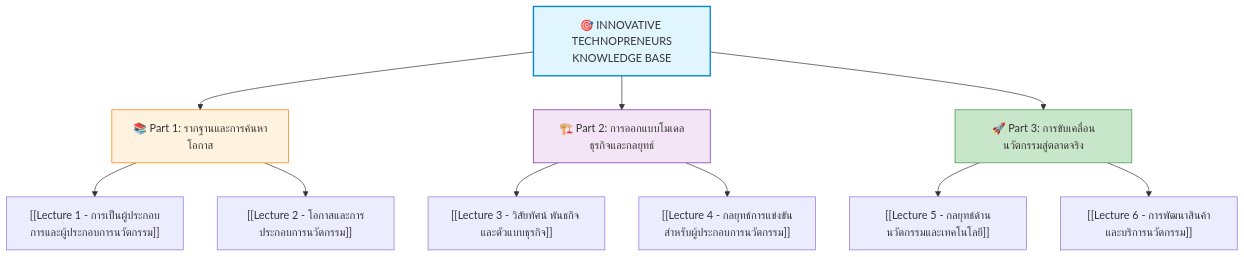
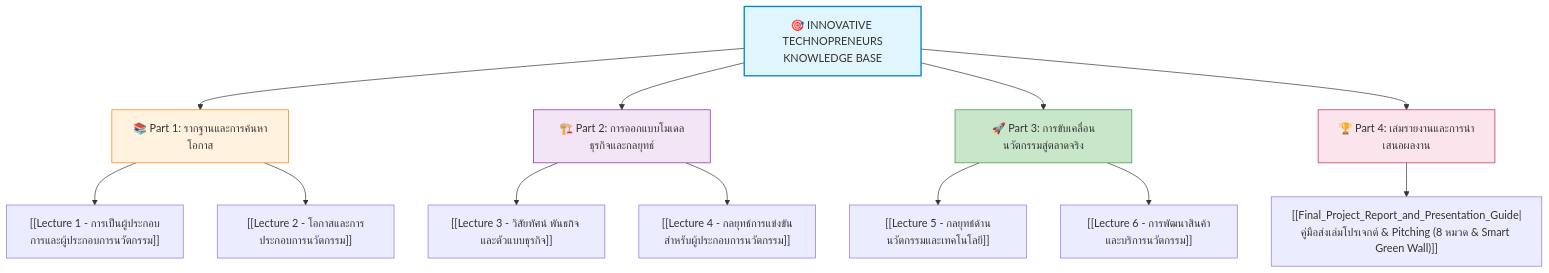
One commit to kanomoo/innovative-technopreneurs changed the diagram in Wiki/Innovative Technopreneurs Index.md. Above: the diagram before and after it, drawn with Mermaid. The commit also changed other lines of this file and 1 other file, not shown here.

Commit message:
docs: add final project report & presentation guide and update index with customer discovery case study

````diff
--- a/Wiki/Innovative Technopreneurs Index.md
+++ b/Wiki/Innovative Technopreneurs Index.md
@@ -17,26 +17,31 @@
 ```mermaid
 graph TD
     ROOT["🎯 INNOVATIVE TECHNOPRENEURS<br/>KNOWLEDGE BASE"]
     
     P1["📚 Part 1: รากฐานและการค้นหาโอกาส"]
     P2["🏗️ Part 2: การออกแบบโมเดลธุรกิจและกลยุทธ์"]
     P3["🚀 Part 3: การขับเคลื่อนนวัตกรรมสู่ตลาดจริง"]
+    P4["🏆 Part 4: เล่มรายงานและการนำเสนอผลงาน"]
 
     ROOT --> P1
     ROOT --> P2
     ROOT --> P3
+    ROOT --> P4
 
     P1 --> L1["[[Lecture 1 - การเป็นผู้ประกอบการและผู้ประกอบการนวัตกรรม]]"]
     P1 --> L2["[[Lecture 2 - โอกาสและการประกอบการนวัตกรรม]]"]
 
     P2 --> L3["[[Lecture 3 - วิสัยทัศน์ พันธกิจ และตัวแบบธุรกิจ]]"]
     P2 --> L4["[[Lecture 4 - กลยุทธ์การแข่งขันสำหรับผู้ประกอบการนวัตกรรม]]"]
 
     P3 --> L5["[[Lecture 5 - กลยุทธ์ด้านนวัตกรรมและเทคโนโลยี]]"]
     P3 --> L6["[[Lecture 6 - การพัฒนาสินค้าและบริการนวัตกรรม]]"]
 
+    P4 --> L7["[[Final_Project_Report_and_Presentation_Guide|คู่มือส่งเล่มโปรเจกต์ & Pitching (8 หมวด & Smart Green Wall)]]"]
+
     style ROOT fill:#e1f5fe,stroke:#0288d1,stroke-width:2px
     style P1 fill:#fff3e0,stroke:#f57c00
     style P2 fill:#f3e5f5,stroke:#7b1fa2
     style P3 fill:#c8e6c9,stroke:#388e3c
+    style P4 fill:#fce4ec,stroke:#c2185b
 ```
````
